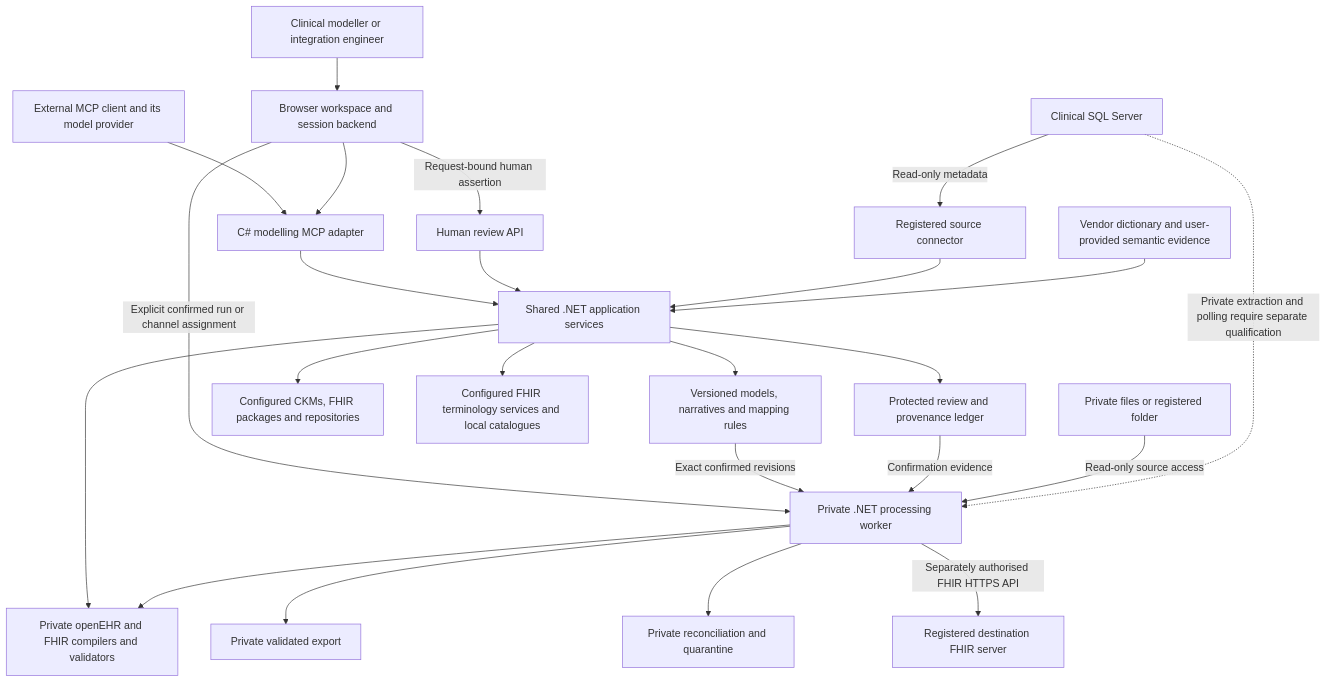
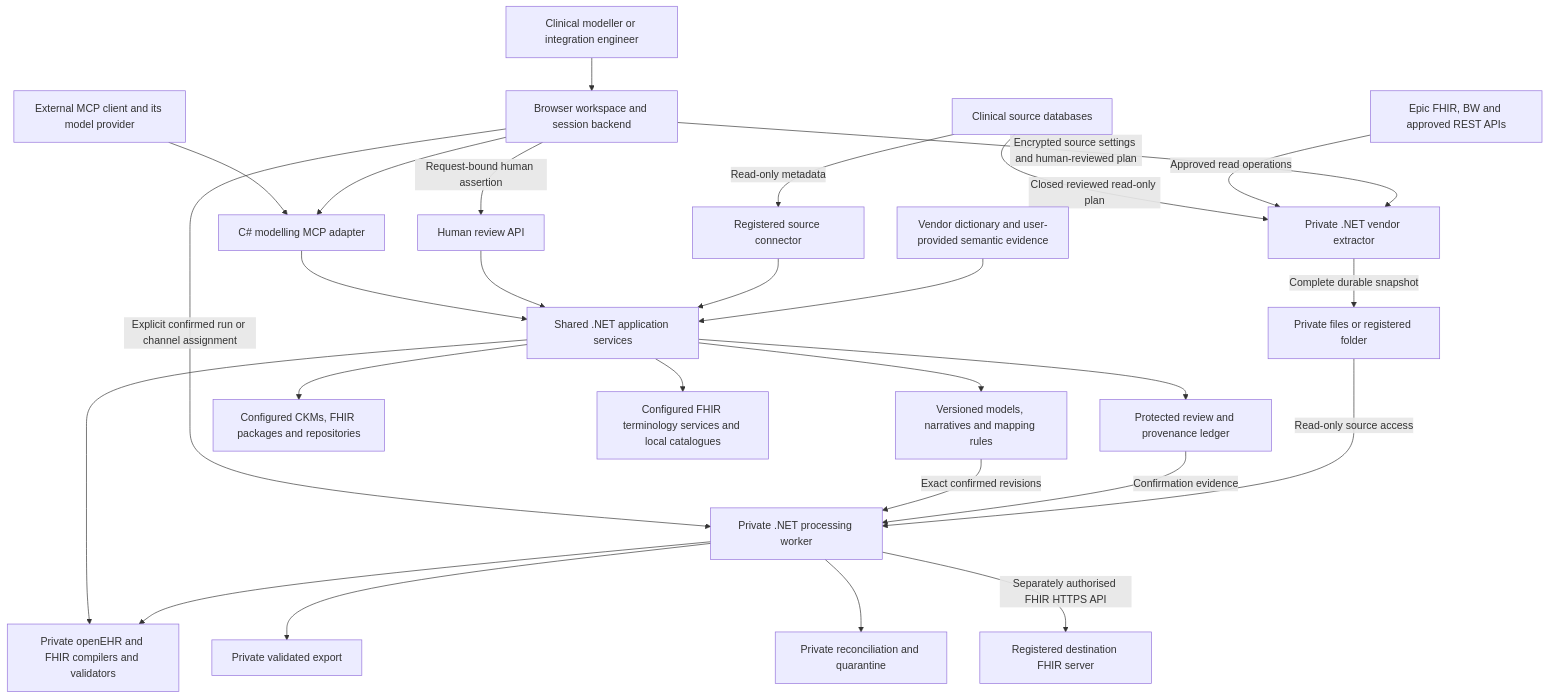
One commit to CzarMich/openehr_FHIR_Modeller changed the first of 2 diagrams in docs/ARCHITECTURE.md. Above: the diagram before and after it, drawn with Mermaid. The commit also changed other lines of this file and 10 other files, not shown here.

````diff
--- a/docs/ARCHITECTURE.md
+++ b/docs/ARCHITECTURE.md
@@ -9,26 +9,29 @@
 ```mermaid
 flowchart TB
     Human[Clinical modeller or integration engineer] --> Browser[Browser workspace and session backend]
     Client[External MCP client and its model provider] --> MCP[C# modelling MCP adapter]
     Browser --> MCP
     Browser -->|Request-bound human assertion| Review[Human review API]
     MCP --> App[Shared .NET application services]
     Review --> App
     App --> Models[Versioned models, narratives and mapping rules]
     App --> Audit[Protected review and provenance ledger]
     App --> Standards[Private openEHR and FHIR compilers and validators]
     App --> Definitions[Configured CKMs, FHIR packages and repositories]
     App --> Terminology[Configured FHIR terminology services and local catalogues]
-    DB[Clinical SQL Server] -->|Read-only metadata| Discovery[Registered source connector]
+    DB[Clinical source databases] -->|Read-only metadata| Discovery[Registered source connector]
     Discovery --> App
     Dictionary[Vendor dictionary and user-provided semantic evidence] --> App
     Browser -->|Explicit confirmed run or channel assignment| Runtime[Private .NET processing worker]
     Models -->|Exact confirmed revisions| Runtime
     Audit -->|Confirmation evidence| Runtime
     Files[Private files or registered folder] -->|Read-only source access| Runtime
-    DB -. Private extraction and polling require separate qualification .-> Runtime
+    DB -->|Closed reviewed read-only plan| Extract[Private .NET vendor extractor]
+    APIs[Epic FHIR, BW and approved REST APIs] -->|Approved read operations| Extract
+    Browser -->|Encrypted source settings and human-reviewed plan| Extract
+    Extract -->|Complete durable snapshot| Files
     Runtime --> Standards
     Runtime --> Export[Private validated export]
     Runtime --> Quarantine[Private reconciliation and quarantine]
     Runtime -->|Separately authorised FHIR HTTPS API| Destination[Registered destination FHIR server]
 ```
````
